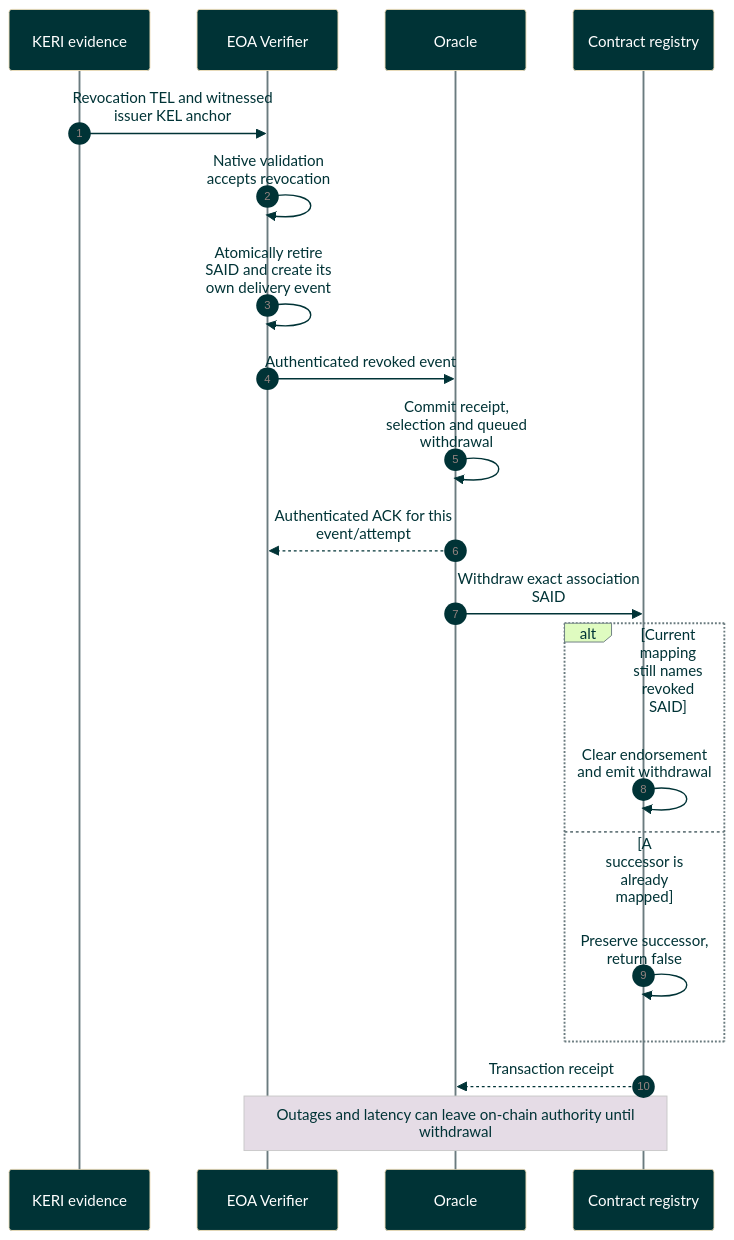
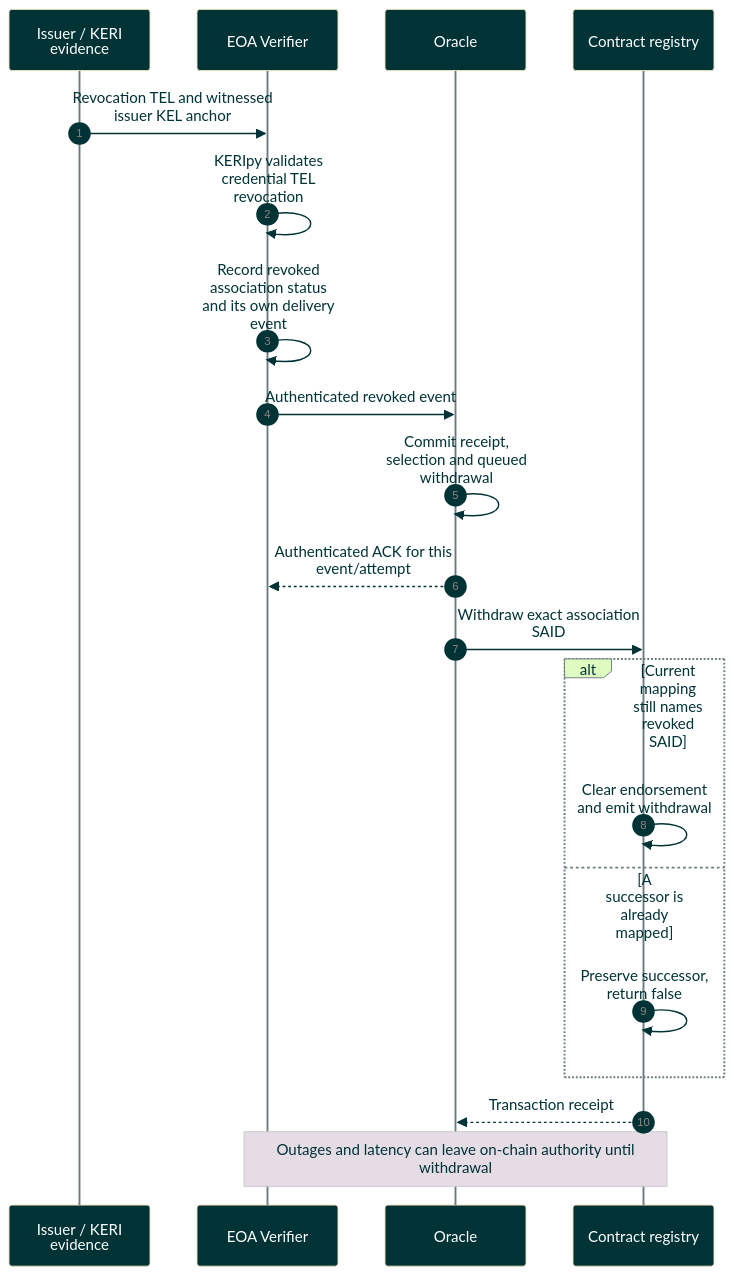
The diagram in docs/diagrams/sequence/revocation-status-sequence.md (GLEIF-IT/vlei-oracle), drawn with Mermaid before and after one commit. The commit also changed other lines of this file and 10 other files, not shown here.

First line of the commit message:
Distinguish revoked status from endorsement withdrawal

````diff
--- a/docs/diagrams/sequence/revocation-status-sequence.md
+++ b/docs/diagrams/sequence/revocation-status-sequence.md
@@ -10,23 +10,23 @@
 ```mermaid
 %%{init: {"theme":"base","themeVariables":{"actorBkg":"#003336","actorTextColor":"#FFFFFF","signalColor":"#003336","signalTextColor":"#003336","noteBkgColor":"#E5DCE6","noteTextColor":"#003336","loopTextColor":"#003336","labelTextColor":"#003336","labelBoxBkgColor":"#DFFBC0","labelBoxBorderColor":"#6A7B7F","actorLineColor":"#6A7B7F","lineColor":"#6A7B7F"},"sequence":{"mirrorActors":true,"wrap":true}}}%%
 sequenceDiagram
     autonumber
-    participant E as KERI evidence
+    participant E as Issuer / KERI evidence
     participant V as EOA Verifier
     participant O as Oracle
     participant C as Contract registry
     E->>V: Revocation TEL and witnessed issuer KEL anchor
-    V->>V: Native validation accepts revocation
-    V->>V: Atomically retire SAID and create its own delivery event
+    V->>V: KERIpy validates credential TEL revocation
+    V->>V: Record revoked association status and its own delivery event
     V->>O: Authenticated revoked event
     O->>O: Commit receipt, selection and queued withdrawal
     O-->>V: Authenticated ACK for this event/attempt
     O->>C: Withdraw exact association SAID
     alt Current mapping still names revoked SAID
         C->>C: Clear endorsement and emit withdrawal
     else A successor is already mapped
         C->>C: Preserve successor, return false
     end
     C-->>O: Transaction receipt
     Note over V,C: Outages and latency can leave on-chain authority until withdrawal
 ```
````
